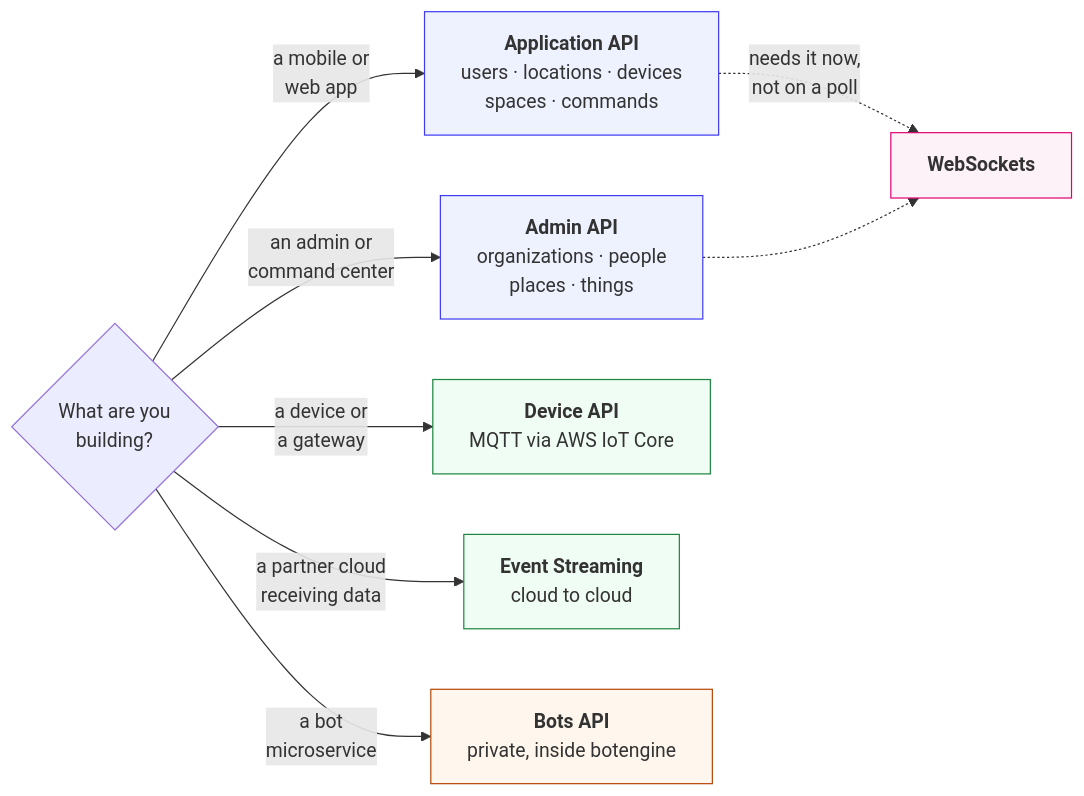
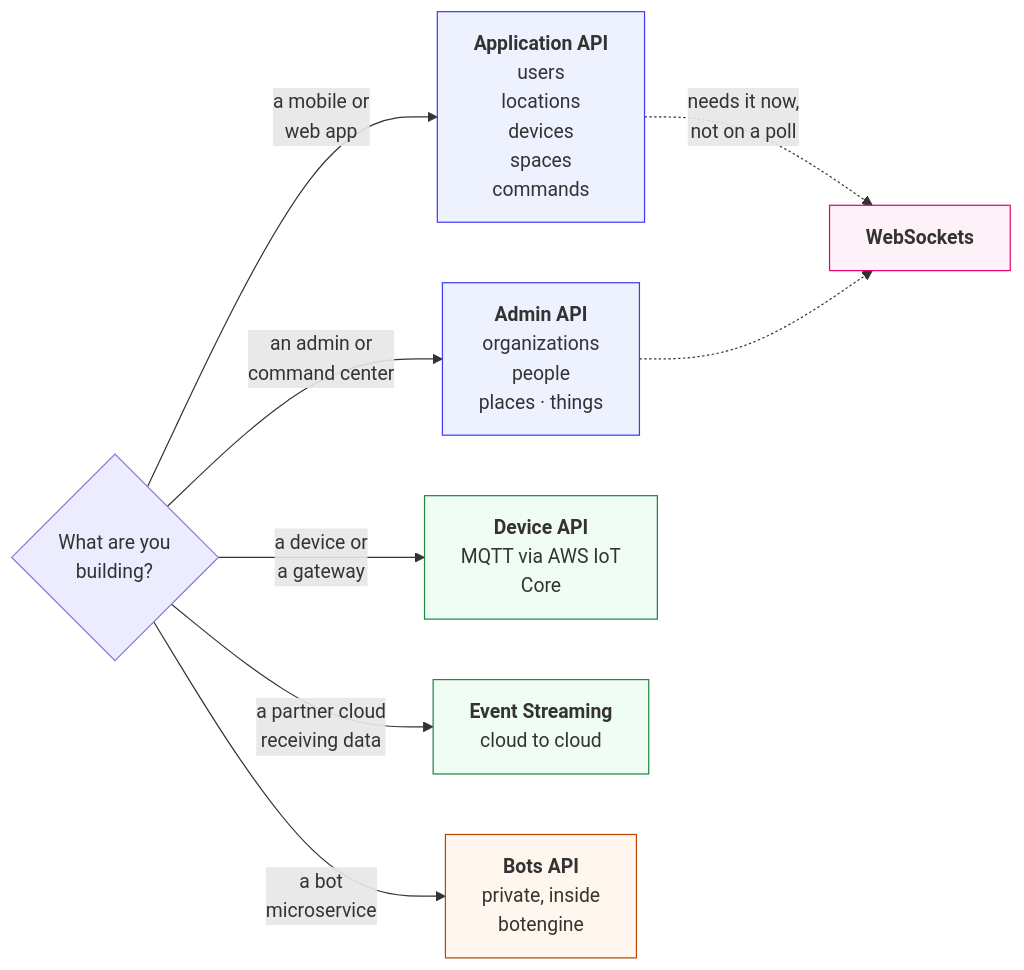
One commit to CareDailyAI/docs changed the first of 2 diagrams in platform_apis/README.md. Above: the diagram before and after it, drawn with Mermaid. The commit also changed other lines of this file and 30 other files, not shown here.

First line of the commit message:
Diagrams: wrap every flowchart label to short rows so Chrome stops clipping them

````diff
--- a/platform_apis/README.md
+++ b/platform_apis/README.md
@@ -14,19 +14,19 @@
 ```mermaid
 flowchart LR
     Q{"What are you<br/>building?"}
-    Q -->|"a mobile or<br/>web app"| A["<b>Application API</b><br/>users · locations · devices<br/>spaces · commands"]
-    Q -->|"an admin or<br/>command center"| B["<b>Admin API</b><br/>organizations · people<br/>places · things"]
-    Q -->|"a device or<br/>a gateway"| C["<b>Device API</b><br/>MQTT via AWS IoT Core"]
+    Q -->|"a mobile or<br/>web app"| A["<b>Application API</b><br/>users<br/>locations<br/>devices<br/>spaces<br/>commands"]
+    Q -->|"an admin or<br/>command center"| B["<b>Admin API</b><br/>organizations<br/>people<br/>places · things"]
+    Q -->|"a device or<br/>a gateway"| C["<b>Device API</b><br/>MQTT via AWS IoT<br/>Core"]
     Q -->|"a partner cloud<br/>receiving data"| D["<b>Event Streaming</b><br/>cloud to cloud"]
-    Q -->|"a bot<br/>microservice"| E["<b>Bots API</b><br/>private, inside botengine"]
+    Q -->|"a bot<br/>microservice"| E["<b>Bots API</b><br/>private, inside<br/>botengine"]
 
     A -.->|"needs it now,<br/>not on a poll"| F["<b>WebSockets</b>"]
     B -.-> F
 
     style A fill:#eef2ff,stroke:#3f3bf2
     style B fill:#eef2ff,stroke:#3f3bf2
     style C fill:#f0fdf4,stroke:#1b873f
     style D fill:#f0fdf4,stroke:#1b873f
     style E fill:#fff7ed,stroke:#b54708
     style F fill:#fdf2f8,stroke:#e20074
 ```
````
